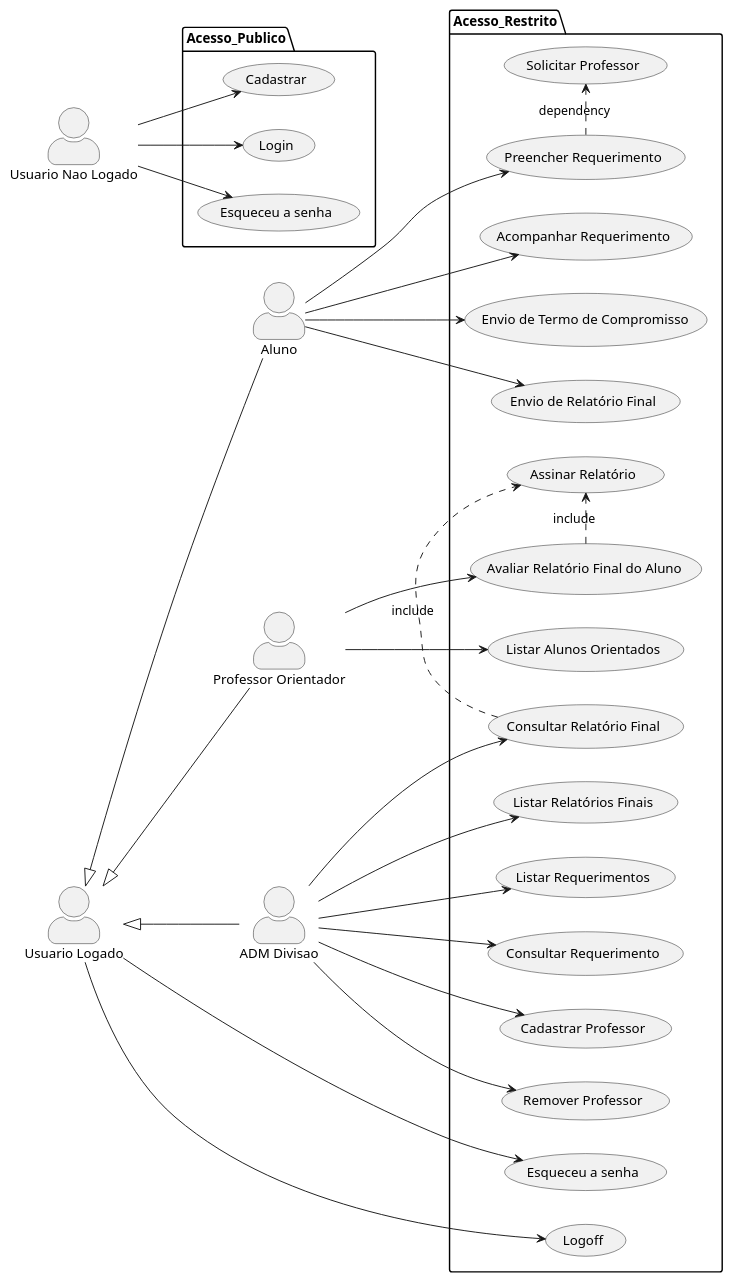
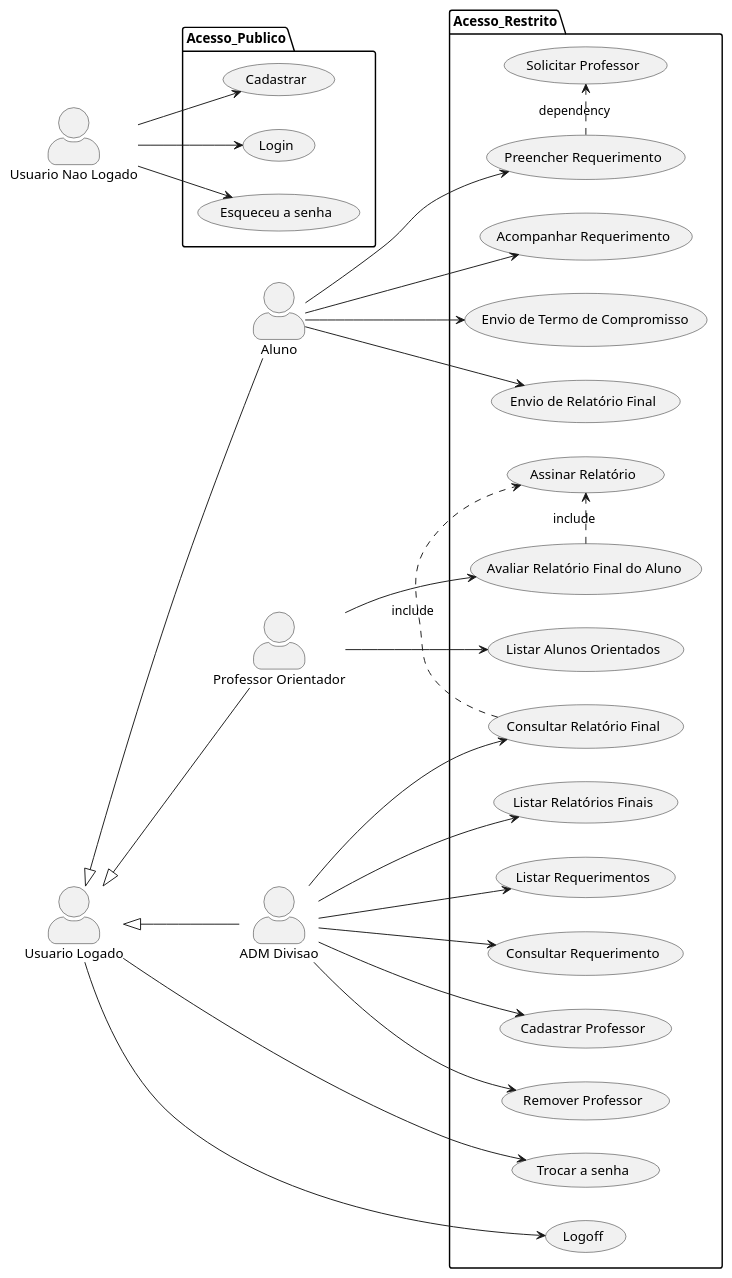
One commit to Projeto-Divisao-de-Estagio/divisao-de-estagio-2022 changed the diagram in DiagramaCasoDeUso.iuml. Above: the diagram before and after it, drawn with PlantUML.

Commit message:
Atualização 1.0

```diff
--- a/DiagramaCasoDeUso.iuml
+++ b/DiagramaCasoDeUso.iuml
@@ -1,55 +1,59 @@
 @startuml
 skinparam actorStyle awesome
 left to right direction
 
 "Usuario Nao Logado" as NLogado
 "Usuario Logado" as Logado
 "Aluno" as Aluno
 "Professor Orientador" as Professor	
 "ADM Divisao" as Admin
 
 Logado <|-- Aluno
 Logado <|-- Professor
 Logado <|-- Admin
 
 package Acesso_Publico {
-  NLogado --> (Cadastrar)
-  NLogado --> (Login)
-  NLogado --> (Esqueceu a senha)
+  usecase "Cadastrar" as UC1
+  usecase "Login" as UC2
+  usecase "Esqueceu a senha" as UC3
 }
 
+NLogado --> UC1
+NLogado --> UC2
+NLogado --> UC3
+
 package Acesso_Restrito {
-  usecase "Esqueceu a senha" as UC1
-  usecase "Logoff" as UC2 
-  usecase "Preencher Requerimento" as UC3
-  usecase "Acompanhar Requerimento" as UC4
-  usecase "Envio de Termo de Compromisso" as UC5
-  usecase "Envio de Relatório Final" as UC6
-  usecase "Avaliar Relatório Final do Aluno" as UC7
-  usecase "Listar Alunos Orientados" as UC8
-  usecase "Consultar Relatório Final" as UC9
-  usecase "Listar Relatórios Finais" as UC10
-  usecase "Listar Requerimentos" as UC11
-  usecase "Consultar Requerimento" as UC12
-  usecase "Cadastrar Professor" as UC13
-  usecase "Remover Professor" as UC14
-  UC7 .> (Assinar Relatório) : include
-  UC9 .> (Assinar Relatório) : include
-  UC3 .> (Solicitar Professor) : dependency 
+  usecase "Trocar a senha" as UC4
+  usecase "Logoff" as UC5 
+  usecase "Preencher Requerimento" as UC6
+  usecase "Acompanhar Requerimento" as UC7
+  usecase "Envio de Termo de Compromisso" as UC8
+  usecase "Envio de Relatório Final" as UC9
+  usecase "Avaliar Relatório Final do Aluno" as UC10
+  usecase "Listar Alunos Orientados" as UC11
+  usecase "Consultar Relatório Final" as UC12
+  usecase "Listar Relatórios Finais" as UC13
+  usecase "Listar Requerimentos" as UC14
+  usecase "Consultar Requerimento" as UC15
+  usecase "Cadastrar Professor" as UC16
+  usecase "Remover Professor" as UC17
+  UC10 .> (Assinar Relatório) : include
+  UC12 .> (Assinar Relatório) : include
+  UC6 .> (Solicitar Professor) : dependency 
 }
 
-Logado --> UC1
-Logado --> UC2
-Aluno --> UC3
-Aluno --> UC4
-Aluno --> UC5
-Aluno --> UC6 
-Professor --> UC7
-Professor --> UC8
-Admin --> UC9
-Admin --> UC10
-Admin --> UC11
+Logado --> UC4
+Logado --> UC5
+Aluno --> UC6
+Aluno --> UC7
+Aluno --> UC8
+Aluno --> UC9 
+Professor --> UC10
+Professor --> UC11
 Admin --> UC12
 Admin --> UC13
 Admin --> UC14
+Admin --> UC15
+Admin --> UC16
+Admin --> UC17
 @enduml
```
